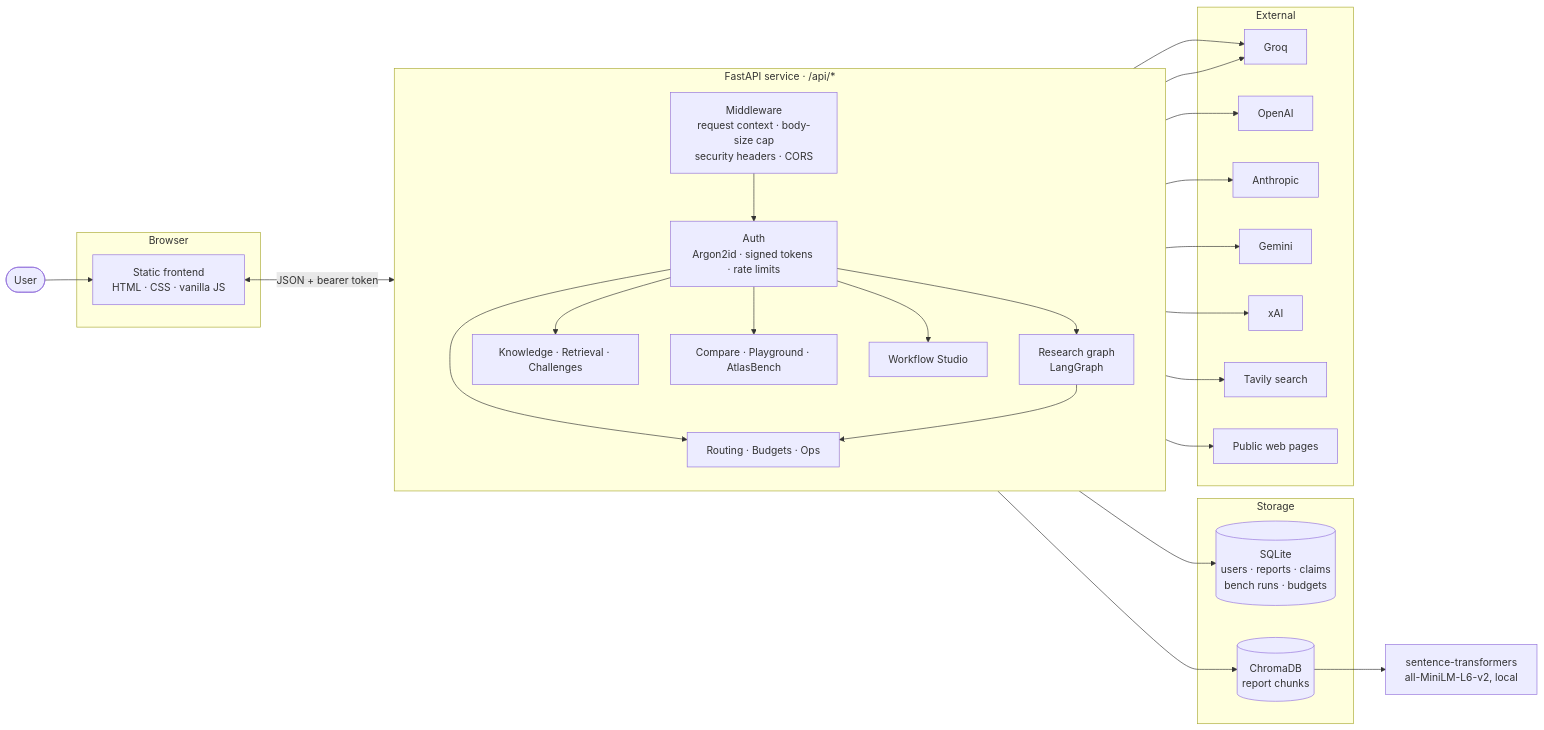
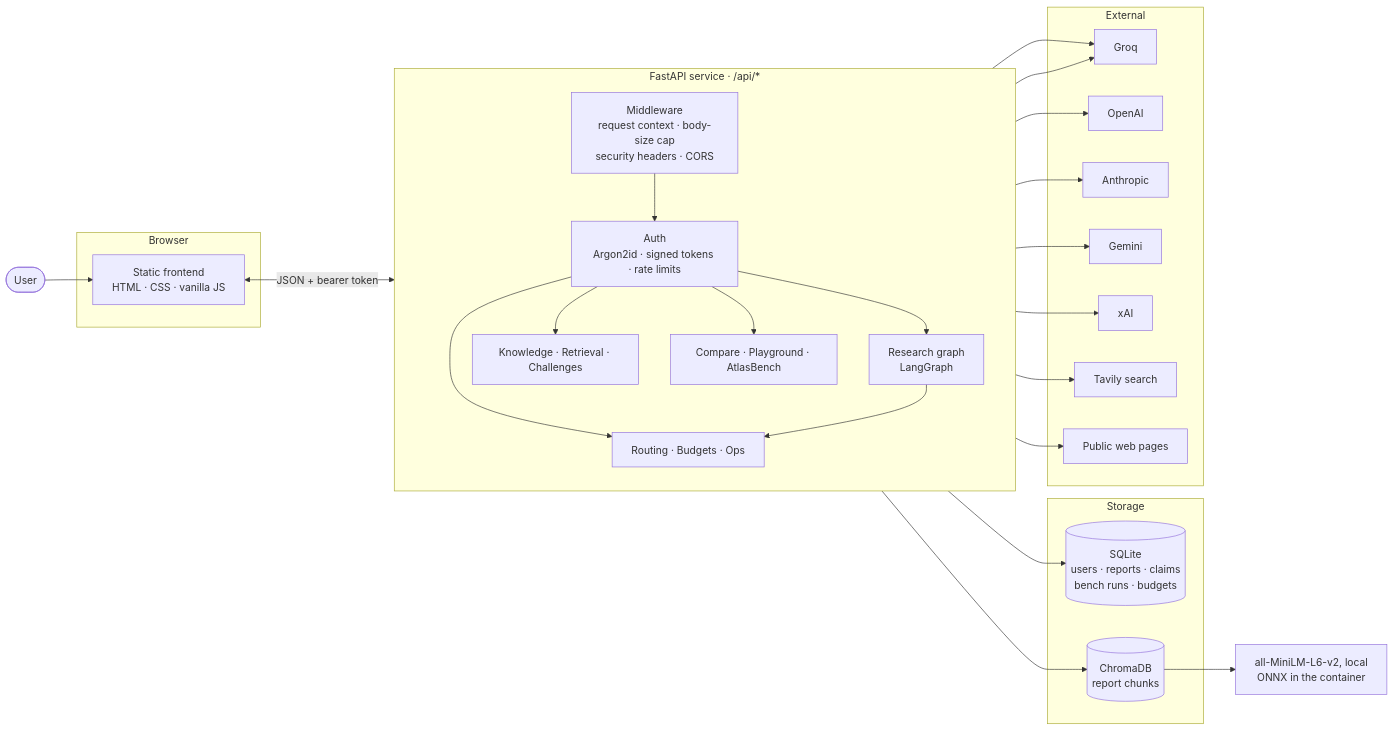
Before and after one commit to shreyajoshi144/atlas: the first of 9 diagrams in docs/02-architecture.md, drawn with Mermaid. The commit also changed other lines of this file and 34 other files, not shown here.

Commit message:
Remove Workflow Studio; fold routing into AtlasBench; add project management pack; align all docs

````diff
--- a/docs/02-architecture.md
+++ b/docs/02-architecture.md
@@ -7,45 +7,44 @@
 ```mermaid
 flowchart LR
     U([User]) --> UI
 
     subgraph Browser
         UI["Static frontend<br/>HTML · CSS · vanilla JS"]
     end
 
     subgraph API["FastAPI service  ·  /api/*"]
         direction TB
         MW["Middleware<br/>request context · body-size cap<br/>security headers · CORS"]
         AUTH["Auth<br/>Argon2id · signed tokens · rate limits"]
         RES["Research graph<br/>LangGraph"]
         KNOW["Knowledge · Retrieval · Challenges"]
         EVAL["Compare · Playground · AtlasBench"]
         ROUTE["Routing · Budgets · Ops"]
-        WF["Workflow Studio"]
-        MW --> AUTH --> RES & KNOW & EVAL & ROUTE & WF
+        MW --> AUTH --> RES & KNOW & EVAL & ROUTE
     end
 
     subgraph Storage
         SQL[("SQLite<br/>users · reports · claims<br/>bench runs · budgets")]
         VEC[("ChromaDB<br/>report chunks")]
     end
 
     subgraph External
         GROQ[Groq]
         OAI[OpenAI]
         ANT[Anthropic]
         GEM[Gemini]
         XAI[xAI]
         TAV[Tavily search]
         WEB[Public web pages]
     end
 
-    EMB["sentence-transformers<br/>all-MiniLM-L6-v2, local"]
+    EMB["all-MiniLM-L6-v2, local<br/>ONNX in the container"]
 
     UI <-->|"JSON + bearer token"| MW
     RES --> ROUTE --> GROQ
     EVAL --> OAI & ANT & GEM & XAI & GROQ
     RES --> TAV
     RES --> WEB
     API --> SQL
     KNOW --> VEC --> EMB
 ```
````
